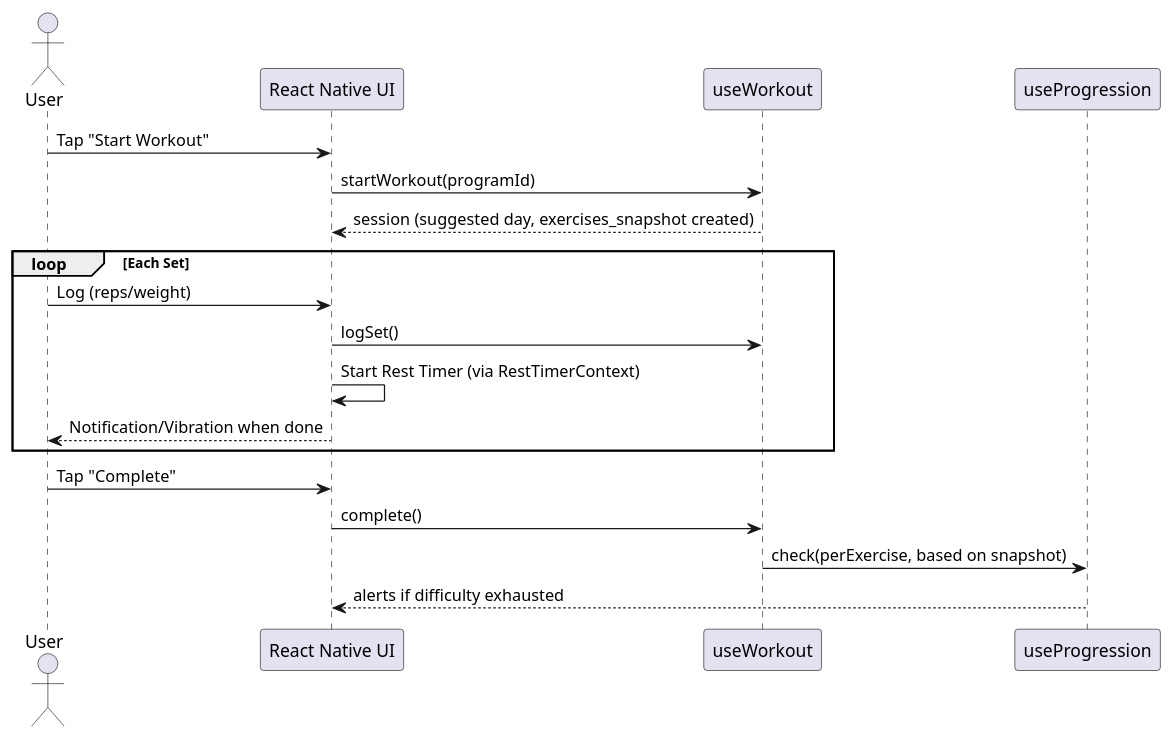
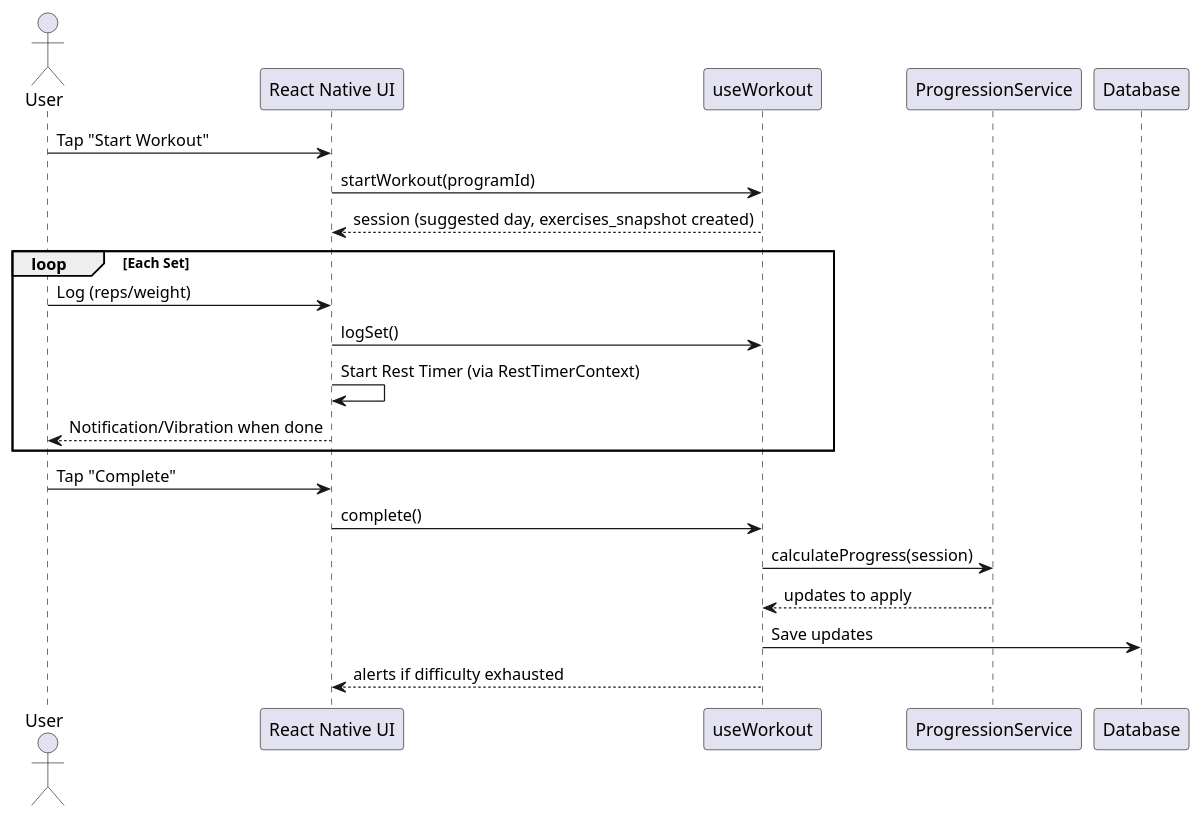
The first of 2 diagrams in docs/design-doc.md (jfdg01/gym-tracker-v2), drawn with PlantUML before and after one commit. The commit also changed other lines of this file and 2 other files, not shown here.

Commit message:
updated failing, unmerged exercise and settings

````diff
--- a/docs/design-doc.md
+++ b/docs/design-doc.md
@@ -274,24 +281,26 @@
 ```plantuml
 @startuml
 actor User
 participant UI as "React Native UI"
 participant WorkoutHook as "useWorkout"
-participant ProgressionHook as "useProgression"
+participant ProgressionService as "ProgressionService"
 
 User -> UI: Tap "Start Workout"
 UI -> WorkoutHook: startWorkout(programId)
 WorkoutHook --> UI: session (suggested day, exercises_snapshot created)
 
 loop Each Set
     User -> UI: Log (reps/weight)
     UI -> WorkoutHook: logSet()
     UI -> UI: Start Rest Timer (via RestTimerContext)
     UI --> User: Notification/Vibration when done
 end
 
 User -> UI: Tap "Complete"
 UI -> WorkoutHook: complete()
-WorkoutHook -> ProgressionHook: check(perExercise, based on snapshot)
-ProgressionHook --> UI: alerts if difficulty exhausted
+WorkoutHook -> ProgressionService: calculateProgress(session)
+ProgressionService --> WorkoutHook: updates to apply
+WorkoutHook -> Database: Save updates
+WorkoutHook --> UI: alerts if difficulty exhausted
 @enduml
 ```
````
